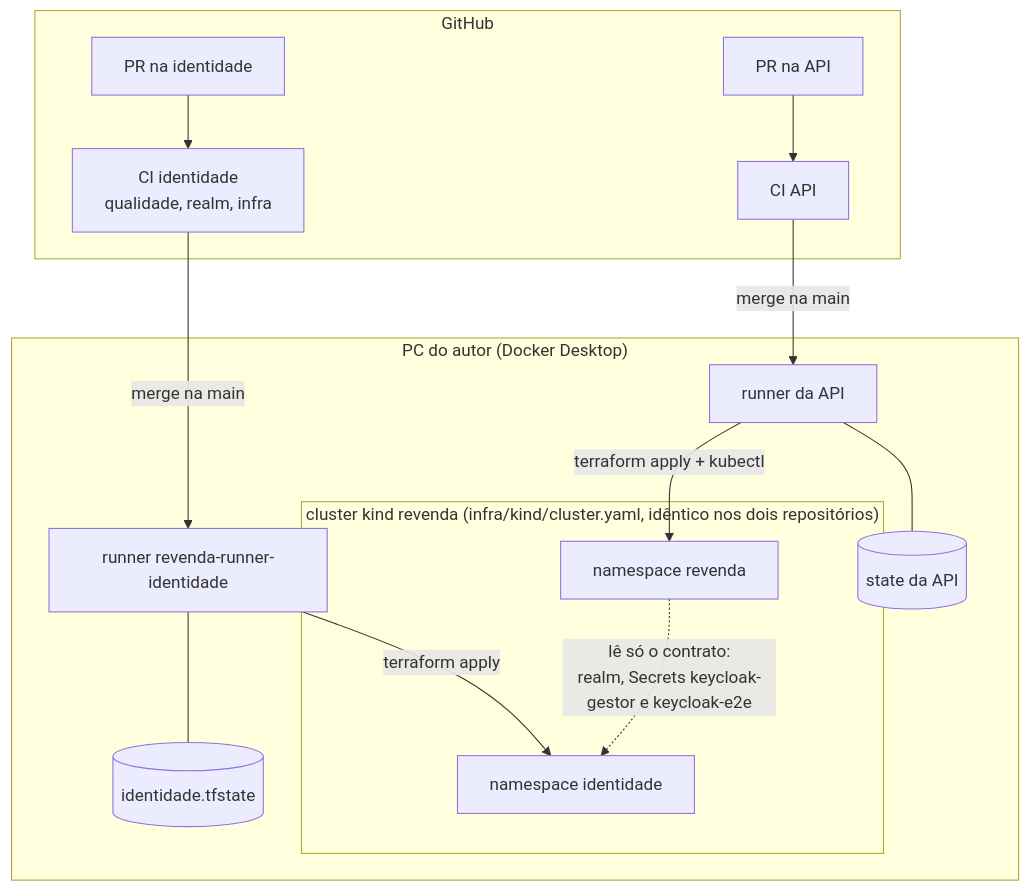
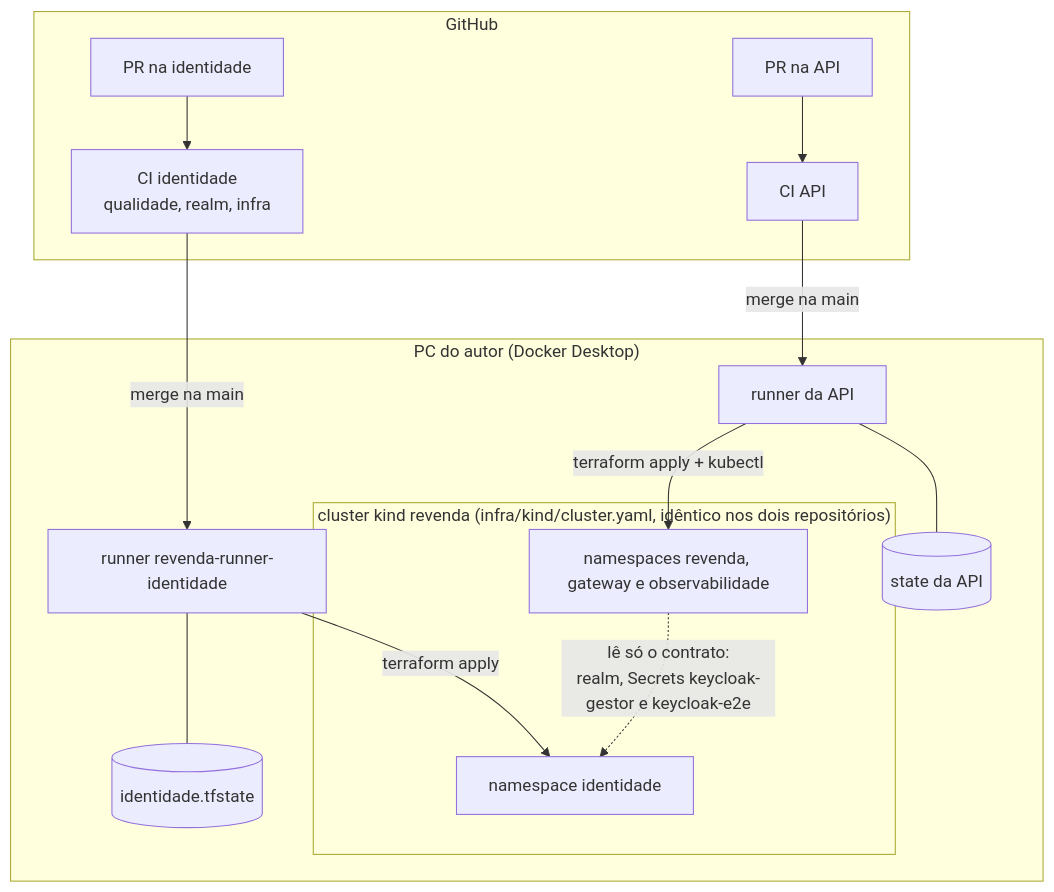
The second of 2 diagrams in README.md (Caina-Climaco/fiap-soat-revenda-identidade), drawn with Mermaid before and after one commit. The commit also changed other lines of this file and 6 other files, not shown here.

First line of the commit message:
docs: portas do cluster, Kong no diagrama e ajustes de infra (#7)

````diff
--- a/README.md
+++ b/README.md
@@ -82,26 +86,26 @@
 ```mermaid
 flowchart TB
   subgraph GH["GitHub"]
     pr1["PR na identidade"] --> ci1["CI identidade<br/>qualidade, realm, infra"]
     pr2["PR na API"] --> ci2["CI API"]
   end
 
   subgraph PC["PC do autor (Docker Desktop)"]
     r1["runner revenda-runner-identidade"]
     r2["runner da API"]
     subgraph kind["cluster kind revenda (infra/kind/cluster.yaml, idêntico nos dois repositórios)"]
       ns1["namespace identidade"]
-      ns2["namespace revenda"]
+      ns2["namespaces revenda, gateway e observabilidade"]
     end
     st1[("identidade.tfstate")]
     st2[("state da API")]
   end
 
   ci1 -->|"merge na main"| r1
   ci2 -->|"merge na main"| r2
   r1 -->|"terraform apply"| ns1
   r1 --- st1
   r2 -->|"terraform apply + kubectl"| ns2
   r2 --- st2
   ns2 -.->|"lê só o contrato:<br/>realm, Secrets keycloak-gestor e keycloak-e2e"| ns1
 ```
````
